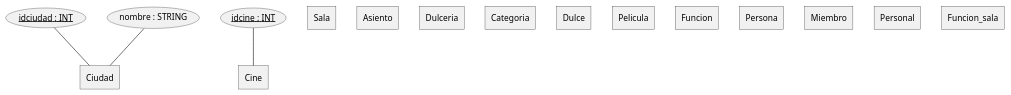
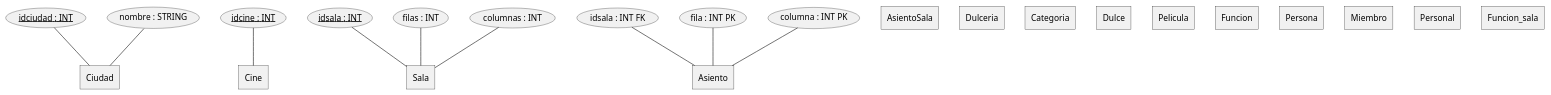
Before and after one commit to OneWilliam/Cineplanet: the diagram in ER_syntax.puml, drawn with PlantUML.

Commit message:
Entidad Asiento

```diff
--- a/ER_syntax.puml
+++ b/ER_syntax.puml
@@ -1,31 +1,39 @@
 @startchen cineplanet
 entity Ciudad {
-idciudad : INT <<key>>
-nombre : STRING
+    idciudad : INT <<key>>
+    nombre : STRING
 }
 entity Cine {
-idcine : INT <<key>>
+    idcine : INT <<key>>
 }
 entity Sala {
+    idsala : INT <<key>>
+    filas : INT
+    columnas : INT
 }
 entity Asiento {
+    idsala : INT FK
+    fila : INT PK
+    columna : INT PK
+}
+entity AsientoSala {
 }
 entity Dulceria {
 }
 entity Categoria {
 }
 entity Dulce {
 }
 entity Pelicula {
 }
 entity Funcion {
 }
 entity Persona {
 }
 entity Miembro {
 }
 entity Personal {
 }
 entity Funcion_sala {
 }
 @endchen
```
